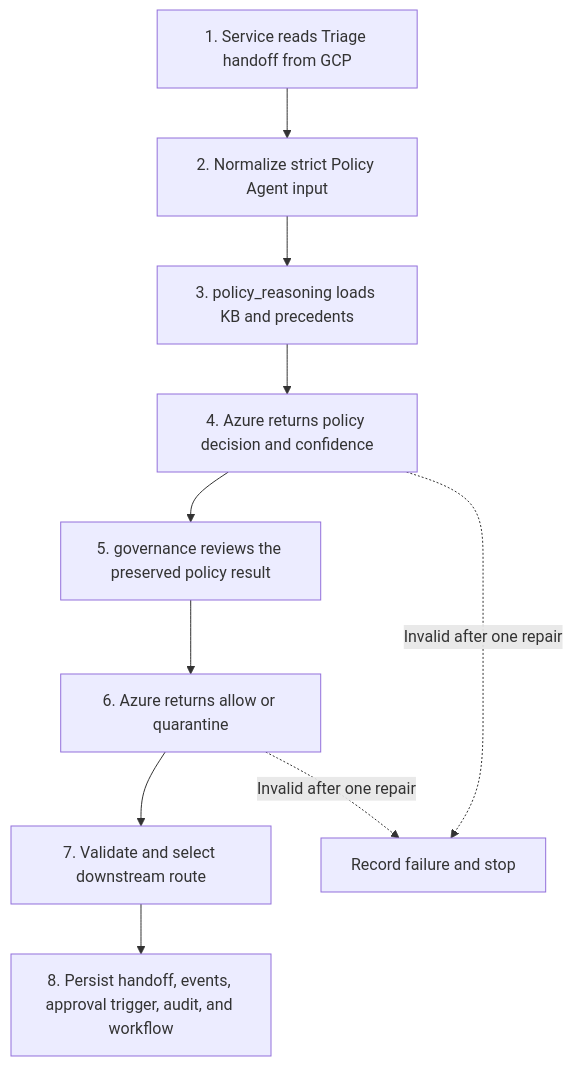
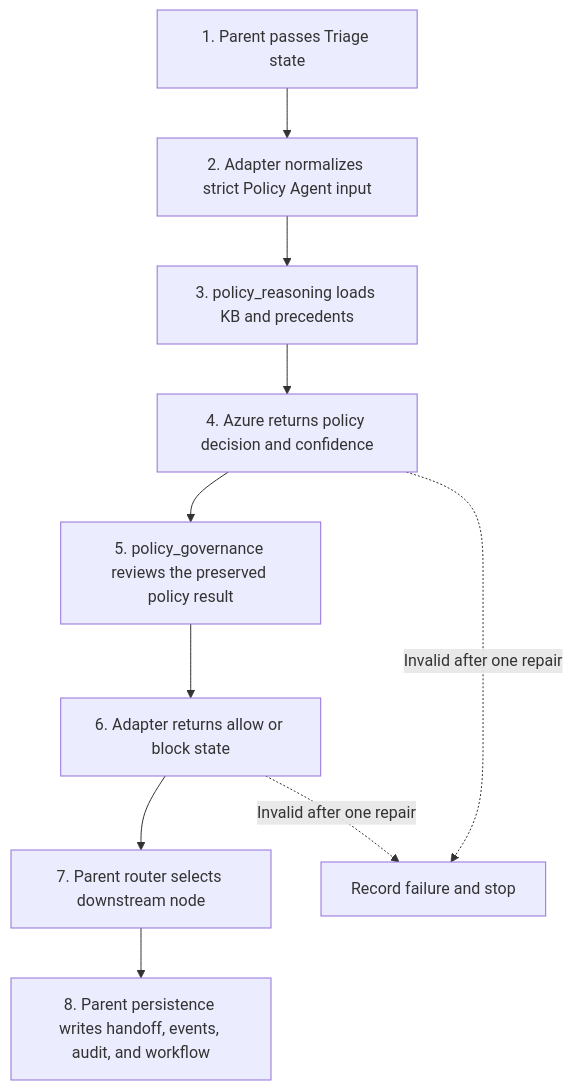
Before and after one commit to ChenSpike/customer-refund-service: the first of 2 diagrams in policy_agent/README.md, drawn with Mermaid. The commit also changed other lines of this file and 12 other files, not shown here.

Commit message:
Adapt Policy Agent to state-driven architecture

````diff
--- a/policy_agent/README.md
+++ b/policy_agent/README.md
@@ -41,12 +49,12 @@
 ```mermaid
 flowchart TD
-    A["1. Service reads Triage handoff from GCP"] --> B["2. Normalize strict Policy Agent input"]
+    A["1. Parent passes Triage state"] --> B["2. Adapter normalizes strict Policy Agent input"]
     B --> C["3. policy_reasoning loads KB and precedents"]
     C --> D["4. Azure returns policy decision and confidence"]
-    D --> E["5. governance reviews the preserved policy result"]
-    E --> F["6. Azure returns allow or quarantine"]
-    F --> G["7. Validate and select downstream route"]
-    G --> H["8. Persist handoff, events, approval trigger, audit, and workflow"]
+    D --> E["5. policy_governance reviews the preserved policy result"]
+    E --> F["6. Adapter returns allow or block state"]
+    F --> G["7. Parent router selects downstream node"]
+    G --> H["8. Parent persistence writes handoff, events, audit, and workflow"]
     D -. "Invalid after one repair" .-> X["Record failure and stop"]
     F -. "Invalid after one repair" .-> X
 ```
````
